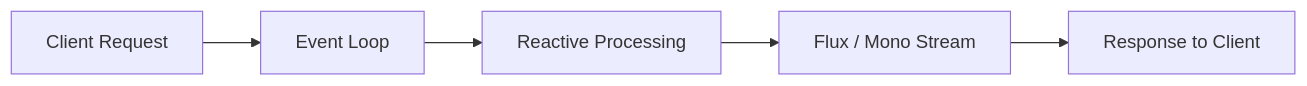
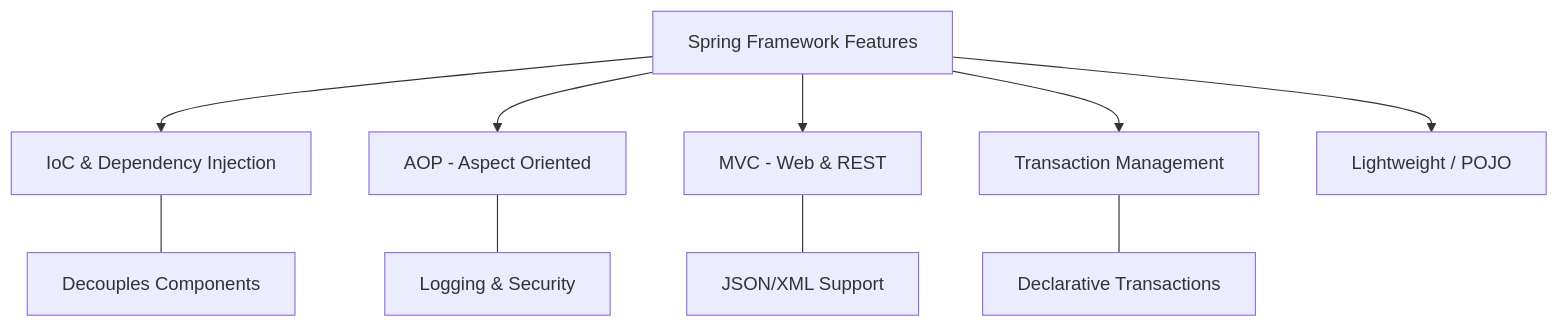
One commit to himwak2001/java-full-stack-interview-questions-answers changed the second of 23 diagrams in spring/spring_interview_questions/interview_questions.md. Above: the diagram before and after it, drawn with Mermaid. The commit also changed other lines of this file, not shown here.

````diff
--- a/spring/spring_interview_questions/interview_questions.md
+++ b/spring/spring_interview_questions/interview_questions.md
@@ -116,7 +56,13 @@
-  ```mermaid
-  flowchart LR
-    A[Client Request] --> B[Event Loop]
-    B --> C[Reactive Processing]
-    C --> D[Flux / Mono Stream]
-    D --> E[Response to Client]
-  ```
+   ```mermaid
+   graph TD
+    A[Spring Framework Features] --> B[IoC & Dependency Injection]
+    A --> C[AOP - Aspect Oriented]
+    A --> D[MVC - Web & REST]
+    A --> E[Transaction Management]
+    A --> F[Lightweight / POJO]
+    
+    B --- B1[Decouples Components]
+    C --- C1[Logging & Security]
+    D --- D1[JSON/XML Support]
+    E --- E1[Declarative Transactions]
+   ```
````
